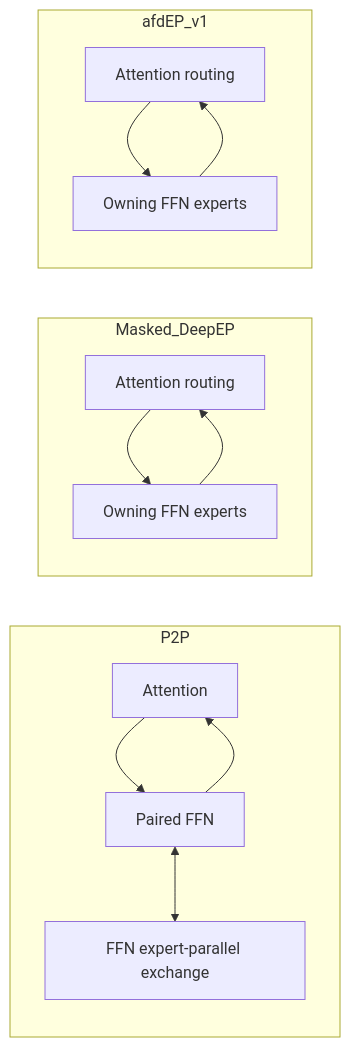
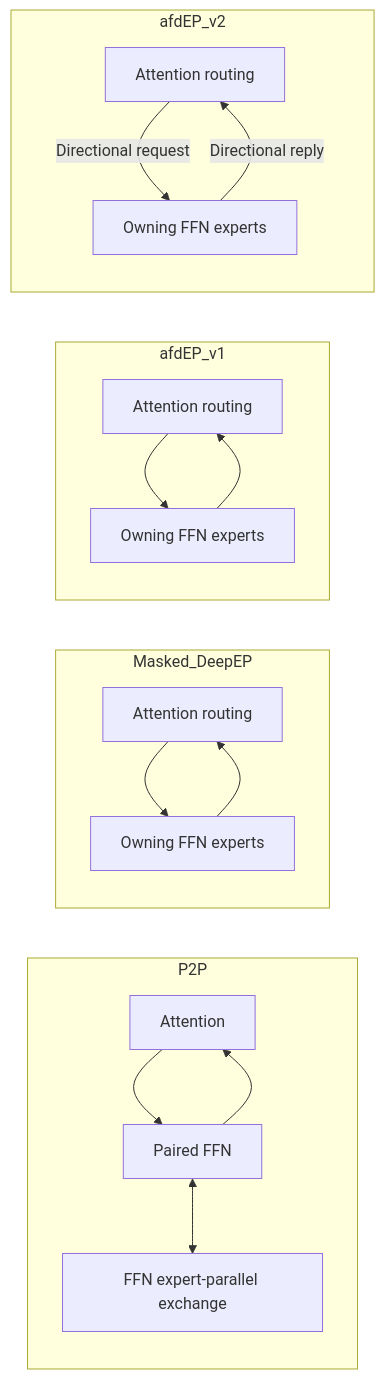
One commit to ms-llmd/afd-plugin changed the diagram in tools/benchmarks/README.md. Above: the diagram before and after it, drawn with Mermaid. The commit also changed other lines of this file and 20 other files, not shown here.

````diff
--- a/tools/benchmarks/README.md
+++ b/tools/benchmarks/README.md
@@ -7,16 +7,20 @@
 ```mermaid
 flowchart LR
   subgraph P2P
     PA[Attention] --> PF[Paired FFN]
     PF <--> PE[FFN expert-parallel exchange]
     PF --> PA
   end
   subgraph Masked_DeepEP
     MA[Attention routing] --> MF[Owning FFN experts]
     MF --> MA
   end
   subgraph afdEP_v1
     AA[Attention routing] --> AF[Owning FFN experts]
     AF --> AA
   end
+  subgraph afdEP_v2
+    VA[Attention routing] -->|Directional request| VF[Owning FFN experts]
+    VF -->|Directional reply| VA
+  end
 ```
````
